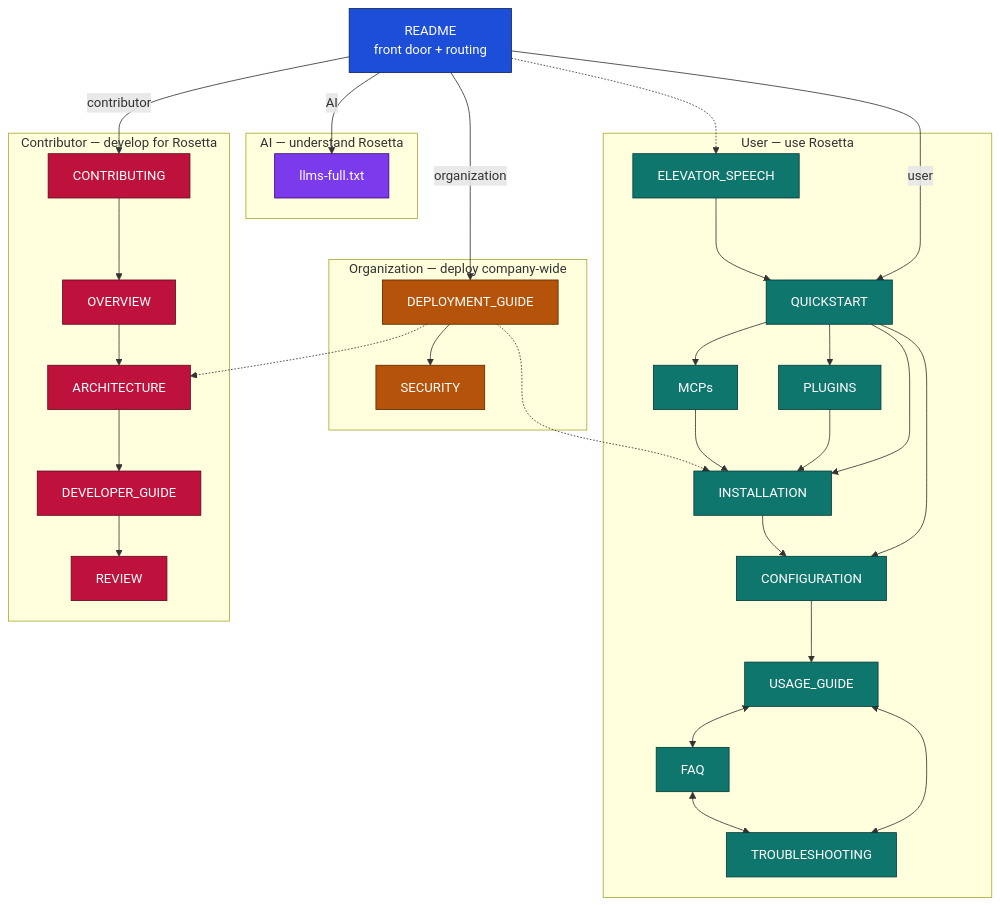
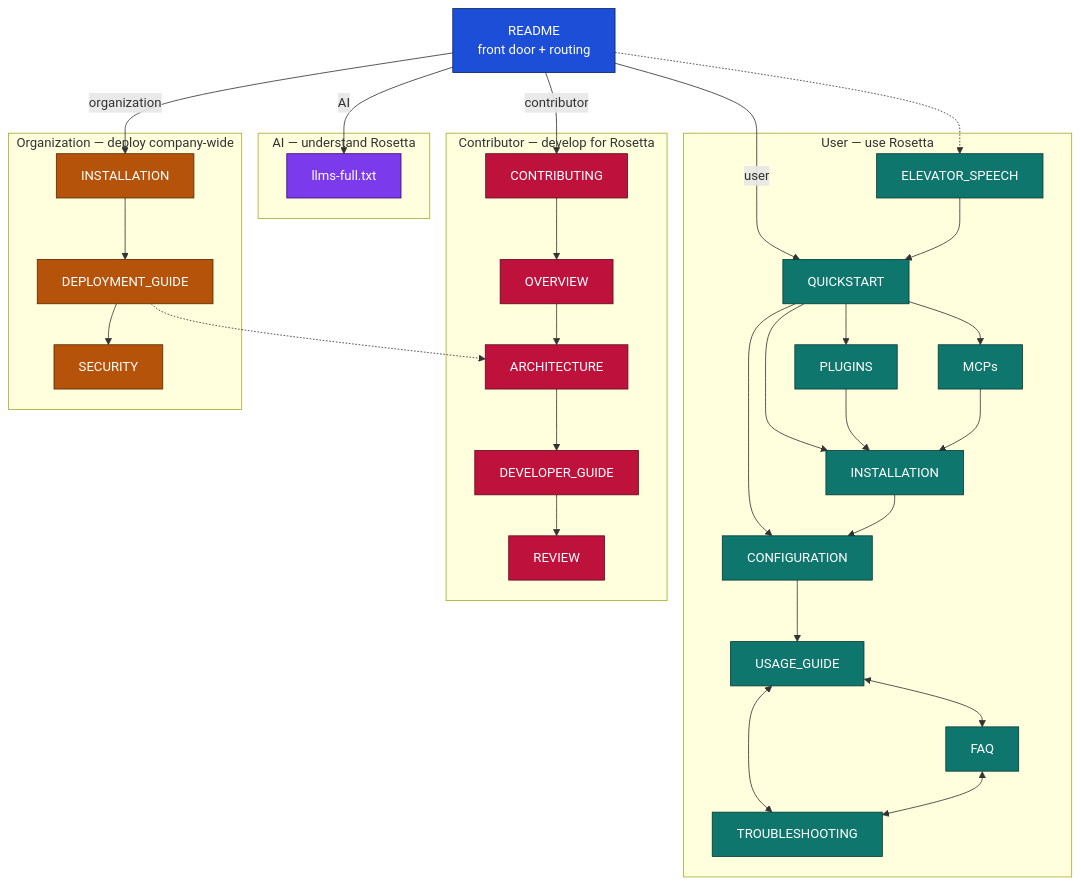
One commit to griddynamics/rosetta changed the diagram in docs/DOC-STRUCTURE-PLAN.md. Above: the diagram before and after it, drawn with Mermaid. The commit also changed other lines of this file, not shown here.

Commit message:
Updated diagram to correctly reflect 4 paths

````diff
--- a/docs/DOC-STRUCTURE-PLAN.md
+++ b/docs/DOC-STRUCTURE-PLAN.md
@@ -146,73 +146,74 @@
 ```mermaid
 flowchart TD
     README["README<br/>front door + routing"]
 
     subgraph USER["User — use Rosetta"]
         ELEV["ELEVATOR_SPEECH"]
         QS["QUICKSTART"]
         PLUG["PLUGINS"]
         MCP["MCPs"]
         INST["INSTALLATION"]
         CONF["CONFIGURATION"]
         USAGE["USAGE_GUIDE"]
         FAQ["FAQ"]
         TRBL["TROUBLESHOOTING"]
     end
 
     subgraph AIP["AI — understand Rosetta"]
         LLMS["llms-full.txt"]
     end
 
     subgraph CONTRIB["Contributor — develop for Rosetta"]
         CONT["CONTRIBUTING"]
         OVER["OVERVIEW"]
         ARCH["ARCHITECTURE"]
         DEV["DEVELOPER_GUIDE"]
         REV["REVIEW"]
     end
 
     subgraph ORG["Organization — deploy company-wide"]
+        INSTO["INSTALLATION"]
         DEP["DEPLOYMENT_GUIDE"]
         SEC["SECURITY"]
     end
 
     README -->|user| QS
     README -.-> ELEV
     README -->|AI| LLMS
     README -->|contributor| CONT
-    README -->|organization| DEP
+    README -->|organization| INSTO
 
     ELEV --> QS
     QS --> PLUG
     QS --> MCP
     QS --> INST
     PLUG --> INST
     MCP --> INST
     QS --> CONF
     INST --> CONF
     CONF --> USAGE
     USAGE <--> FAQ
     USAGE <--> TRBL
     FAQ <--> TRBL
 
     CONT --> OVER
     OVER --> ARCH
     ARCH --> DEV
     DEV --> REV
 
+    INSTO --> DEP
     DEP --> SEC
-    DEP -.-> INST
     DEP -.-> ARCH
 
     classDef entry fill:#1d4ed8,stroke:#0b245e,color:#ffffff;
     classDef user fill:#0f766e,stroke:#053b36,color:#ffffff;
     classDef ai fill:#7c3aed,stroke:#3b0a73,color:#ffffff;
     classDef contrib fill:#be123c,stroke:#5e0a1d,color:#ffffff;
     classDef org fill:#b45309,stroke:#5a2900,color:#ffffff;
 
     class README entry;
     class ELEV,QS,PLUG,MCP,INST,CONF,USAGE,FAQ,TRBL user;
     class LLMS ai;
     class CONT,OVER,ARCH,DEV,REV contrib;
-    class DEP,SEC org;
+    class INSTO,DEP,SEC org;
 ```
````
